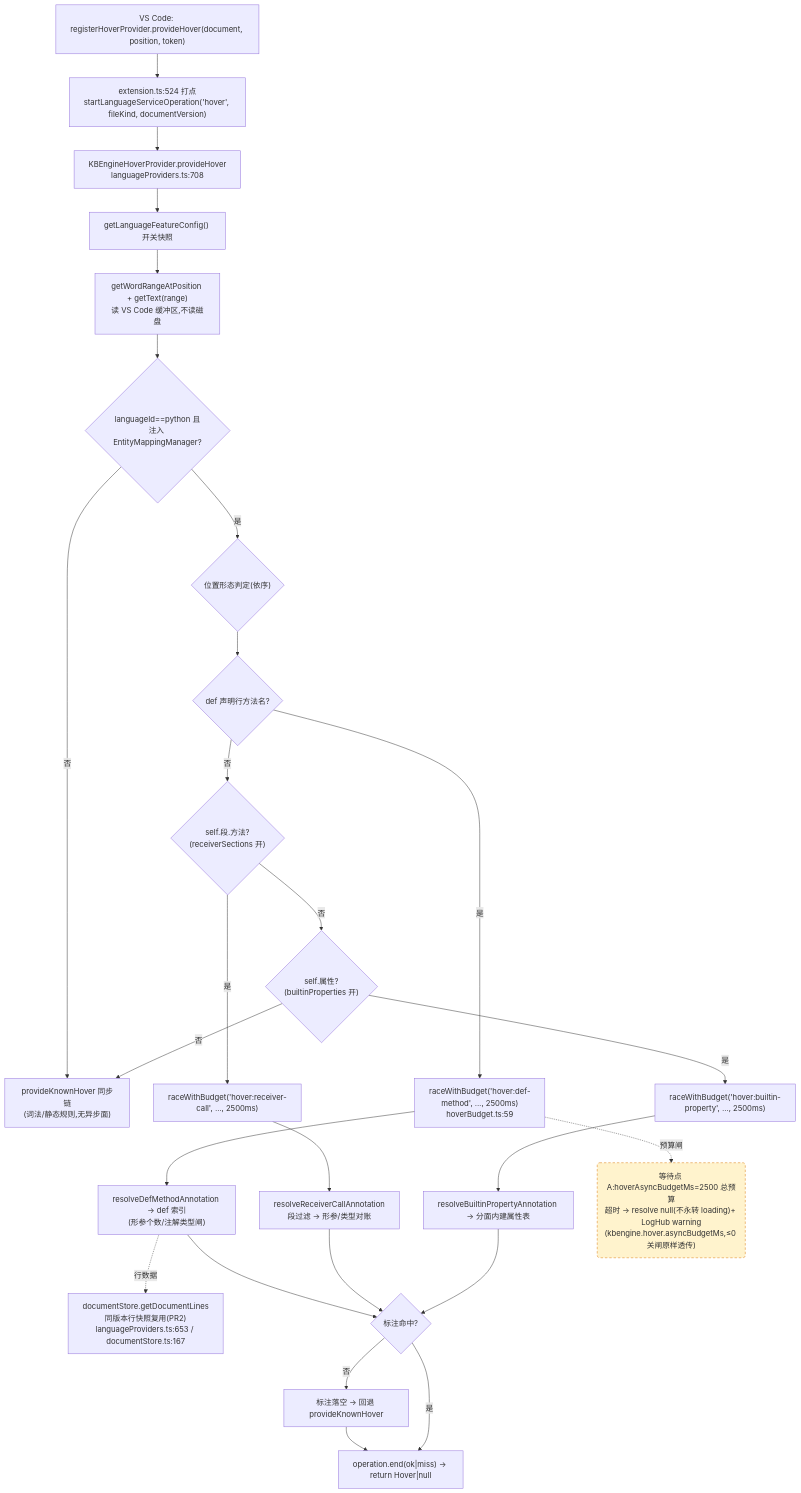
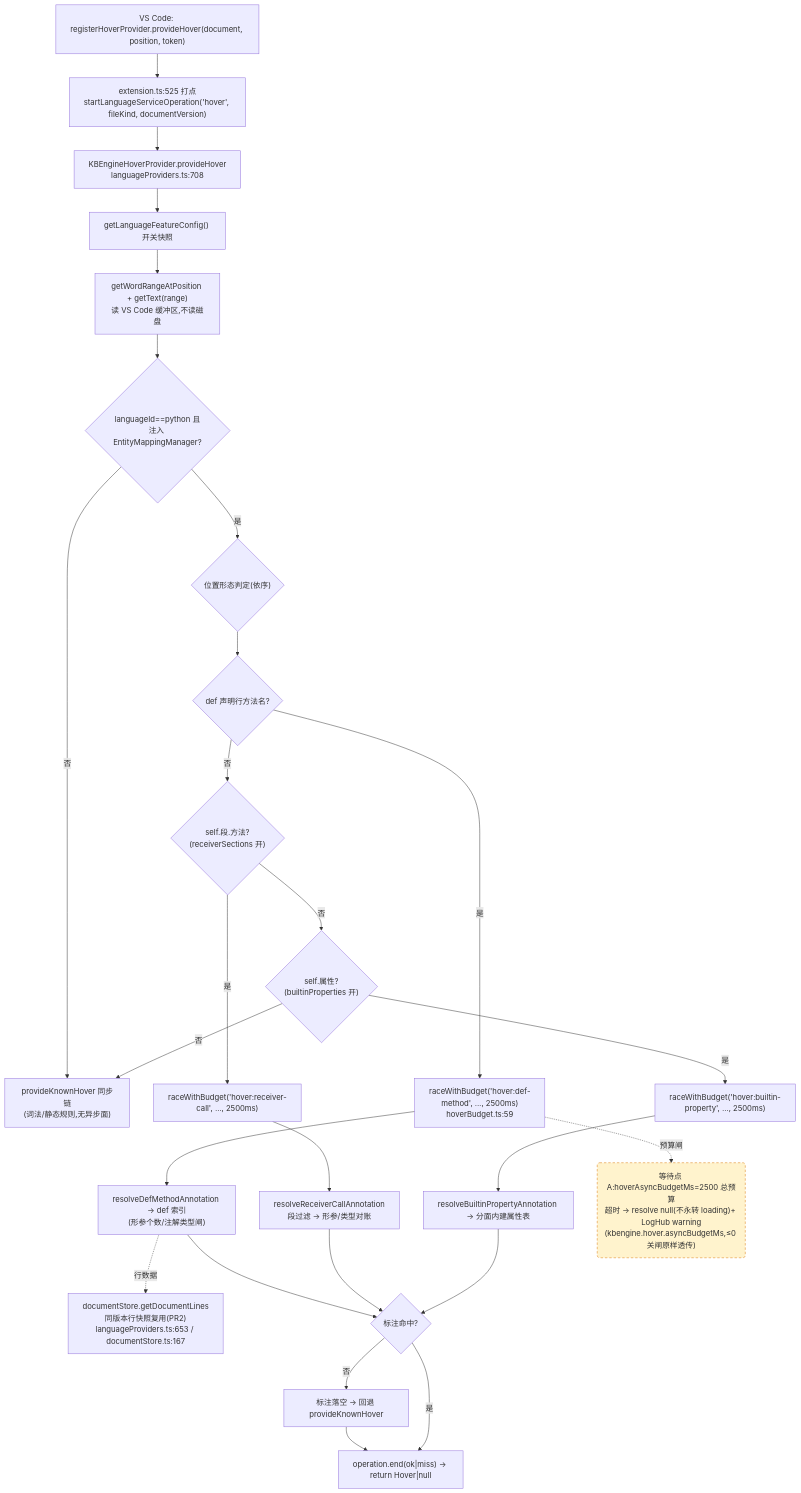
The first of 4 diagrams in docs/perf/2026-baseline.md (cuihairu/kode), drawn with Mermaid before and after one commit. The commit also changed other lines of this file and 13 other files, not shown here.

````diff
--- a/docs/perf/2026-baseline.md
+++ b/docs/perf/2026-baseline.md
@@ -80,45 +80,45 @@
 ```mermaid
 flowchart TD
   VC1["VS Code: registerHoverProvider.provideHover(document, position, token)"]
-  M1["extension.ts:524 打点<br/>startLanguageServiceOperation('hover', fileKind, documentVersion)"]
+  M1["extension.ts:525 打点<br/>startLanguageServiceOperation('hover', fileKind, documentVersion)"]
   HP["KBEngineHoverProvider.provideHover<br/>languageProviders.ts:708"]
   CFG["getLanguageFeatureConfig() 开关快照"]
   WORD["getWordRangeAtPosition + getText(range)<br/>读 VS Code 缓冲区,不读磁盘"]
   BR{"languageId==python 且<br/>注入 EntityMappingManager?"}
   KN["provideKnownHover 同步链<br/>(词法/静态规则,无异步面)"]
   POS{"位置形态判定(依序)"}
   D1{"def 声明行方法名?"}
   D2{"self.段.方法?<br/>(receiverSections 开)"}
   D3{"self.属性?<br/>(builtinProperties 开)"}
   RA1["raceWithBudget('hover:def-method', …, 2500ms)<br/>hoverBudget.ts:59"]
   RA2["raceWithBudget('hover:receiver-call', …, 2500ms)"]
   RA3["raceWithBudget('hover:builtin-property', …, 2500ms)"]
   RS1["resolveDefMethodAnnotation → def 索引<br/>(形参个数/注解类型闸)"]
   RS2["resolveReceiverCallAnnotation<br/>段过滤 → 形参/类型对账"]
   RS3["resolveBuiltinPropertyAnnotation → 分面内建属性表"]
   LINES["documentStore.getDocumentLines<br/>同版本行快照复用(PR2)<br/>languageProviders.ts:653 / documentStore.ts:167"]
   MISS["标注落空 → 回退 provideKnownHover"]
   END1["operation.end(ok|miss) → return Hover|null"]
 
   VC1 --> M1 --> HP --> CFG --> WORD --> BR
   BR -- "否" --> KN
   BR -- "是" --> POS --> D1
   D1 -- "是" --> RA1 --> RS1
   D1 -- "否" --> D2
   D2 -- "是" --> RA2 --> RS2
   D2 -- "否" --> D3
   D3 -- "是" --> RA3 --> RS3
   D3 -- "否" --> KN
   RS1 --> HIT{"标注命中?"}
   RS2 --> HIT
   RS3 --> HIT
   RS1 -.->|行数据| LINES
   HIT -- "否" --> MISS --> END1
   HIT -- "是" --> END1
 
   WAITA("等待点 A:hoverAsyncBudgetMs=2500 总预算<br/>超时 → resolve null(不永转 loading)+ LogHub warning<br/>(kbengine.hover.asyncBudgetMs,≤0 关闸原样透传)")
   RA1 -.->|预算闸| WAITA
 
   classDef waitPoint fill:#fff3cd,stroke:#d97706,stroke-dasharray:5 4;
   class WAITA waitPoint;
 ```
````
